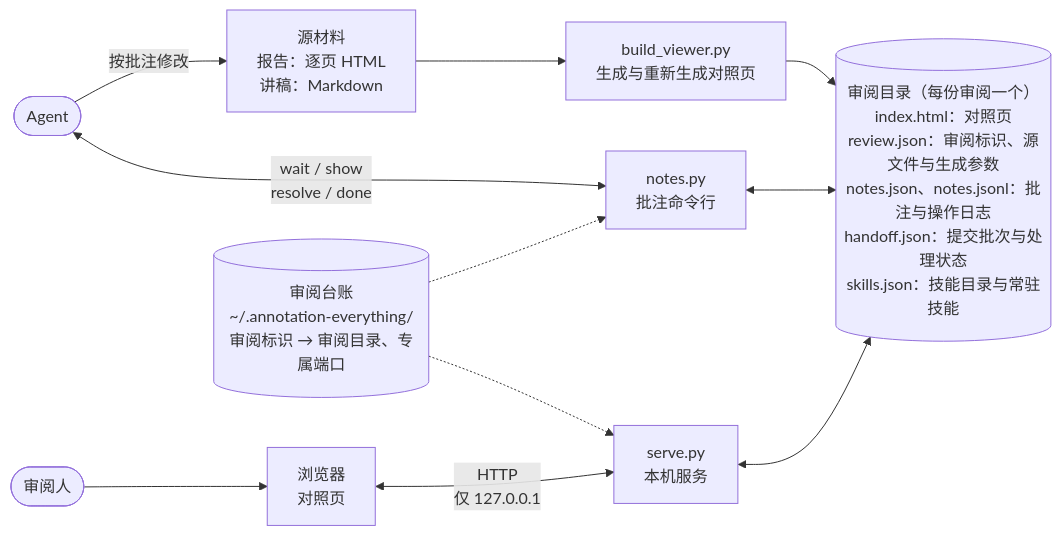
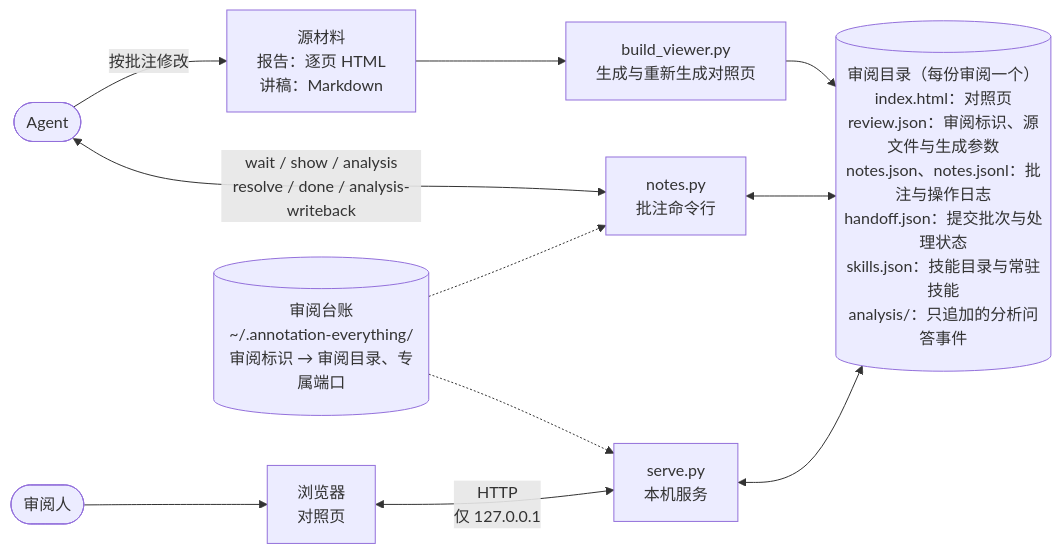
The first of 4 diagrams in README.md (hezhongtang/annotation-everything), drawn with Mermaid before and after one commit. The commit also changed other lines of this file and 45 other files, not shown here.

````diff
--- a/README.md
+++ b/README.md
@@ -165,12 +191,12 @@
 ```mermaid
 flowchart LR
     U(["审阅人"]) --> B["浏览器<br>对照页"]
     B <-->|"HTTP<br>仅 127.0.0.1"| SV["serve.py<br>本机服务"]
-    SV <--> DIR[("审阅目录（每份审阅一个）<br>index.html：对照页<br>review.json：审阅标识、源文件与生成参数<br>notes.json、notes.jsonl：批注与操作日志<br>handoff.json：提交批次与处理状态<br>skills.json：技能目录与常驻技能")]
+    SV <--> DIR[("审阅目录（每份审阅一个）<br>index.html：对照页<br>review.json：审阅标识、源文件与生成参数<br>notes.json、notes.jsonl：批注与操作日志<br>handoff.json：提交批次与处理状态<br>skills.json：技能目录与常驻技能<br>analysis/：只追加的分析问答事件")]
     NP["notes.py<br>批注命令行"] <--> DIR
-    A(["Agent"]) <-->|"wait / show<br>resolve / done"| NP
+    A(["Agent"]) <-->|"wait / show / analysis<br>resolve / done / analysis-writeback"| NP
     A -->|"按批注修改"| SRC["源材料<br>报告：逐页 HTML<br>讲稿：Markdown"]
     SRC --> BV["build_viewer.py<br>生成与重新生成对照页"] --> DIR
     L[("审阅台账<br>~/.annotation-everything/<br>审阅标识 → 审阅目录、专属端口")] -.-> SV
     L -.-> NP
 ```
````
